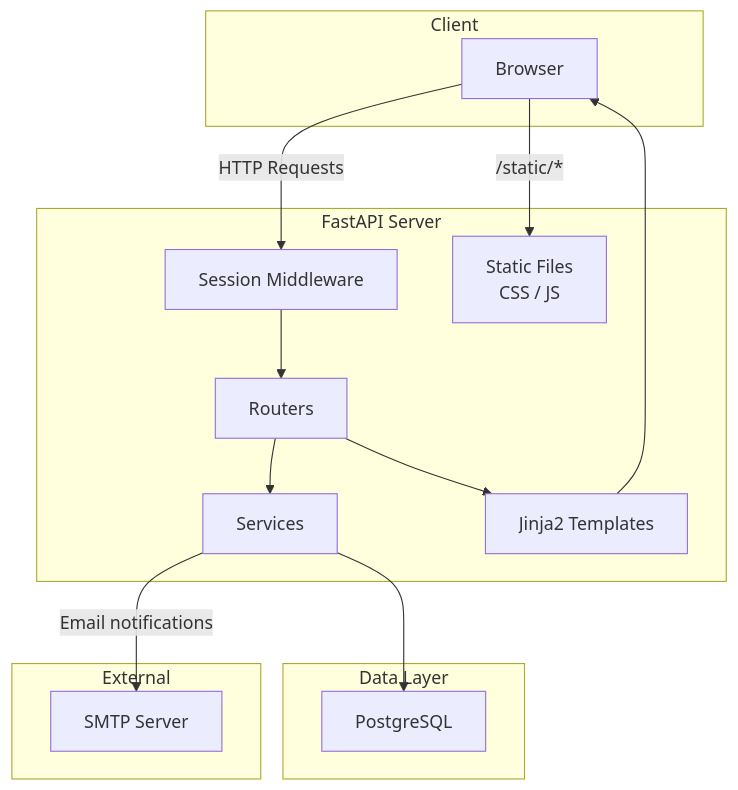
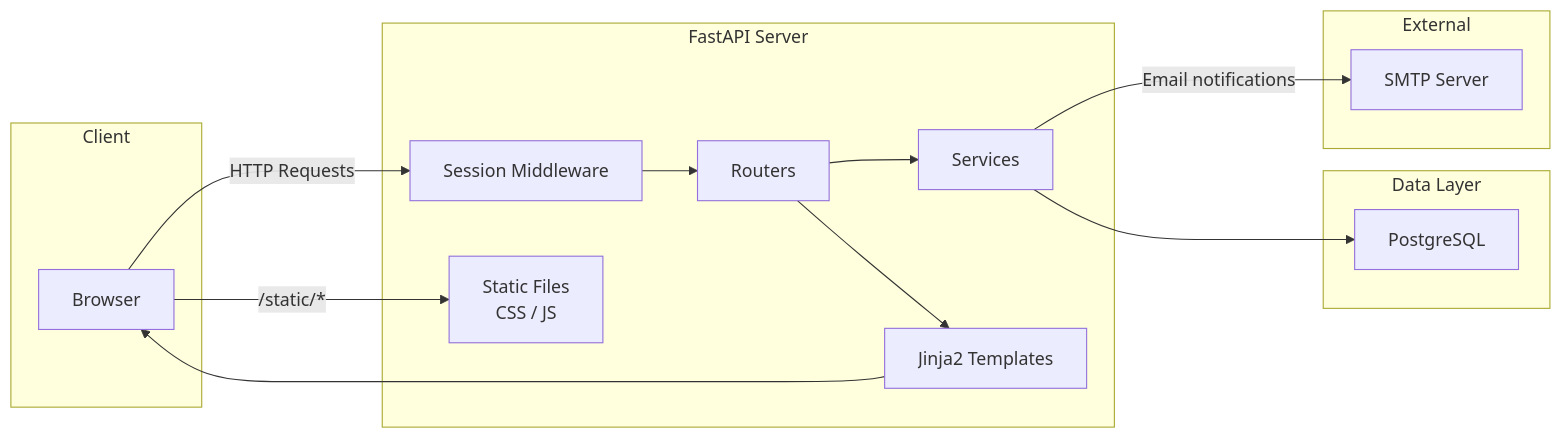
One commit to amal-sajeev/techtrek changed the first of 9 diagrams in DOCUMENTATION.md. Above: the diagram before and after it, drawn with Mermaid. The commit also changed other lines of this file and 14 other files, not shown here.

````diff
--- a/DOCUMENTATION.md
+++ b/DOCUMENTATION.md
@@ -64,31 +64,31 @@
 ```mermaid
-graph TB
+graph LR
     subgraph client [Client]
         Browser["Browser"]
     end
 
     subgraph server [FastAPI Server]
         Middleware["Session Middleware"]
         Routers["Routers"]
         Services["Services"]
         Templates["Jinja2 Templates"]
         StaticFiles["Static Files<br/>CSS / JS"]
     end
 
     subgraph data [Data Layer]
         PostgreSQL["PostgreSQL"]
     end
 
     subgraph external [External]
         SMTP["SMTP Server"]
     end
 
     Browser -->|"HTTP Requests"| Middleware
     Middleware --> Routers
     Routers --> Services
     Services --> PostgreSQL
     Routers --> Templates
     Templates --> Browser
     Browser -->|"/static/*"| StaticFiles
     Services -->|"Email notifications"| SMTP
 ```
````
